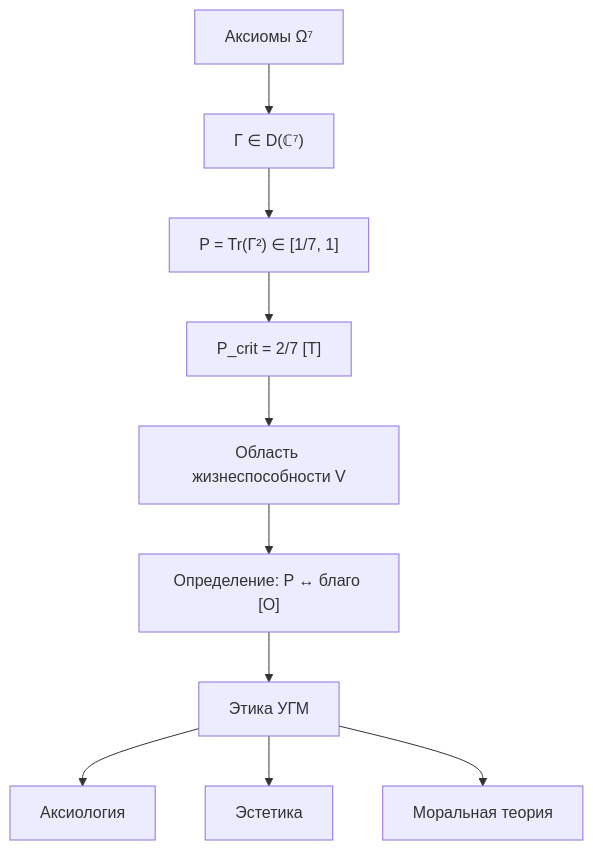
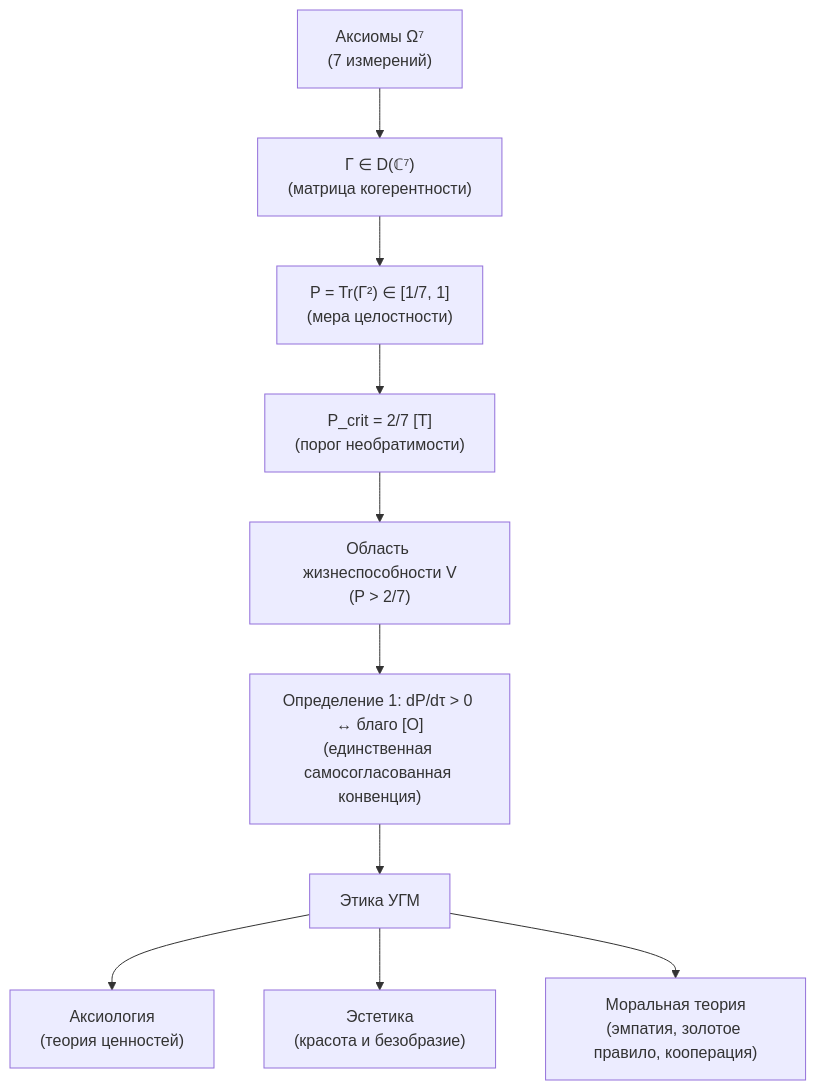
The second of 3 diagrams in website/docs/consciousness/ethics-meaning/value-consciousness.md (uhm-theory/holon), drawn with Mermaid before and after one commit. The commit also changed other lines of this file and 117 other files, not shown here.

````diff
--- a/website/docs/consciousness/ethics-meaning/value-consciousness.md
+++ b/website/docs/consciousness/ethics-meaning/value-consciousness.md
@@ -41,12 +111,12 @@
 ```mermaid
 graph TD
-    AX["Аксиомы Ω⁷"] --> GAM["Γ ∈ D(ℂ⁷)"]
-    GAM --> P["P = Tr(Γ²) ∈ [1/7, 1]"]
-    P --> PCRIT["P_crit = 2/7 [Т]"]
-    PCRIT --> VIAB["Область жизнеспособности V"]
-    VIAB --> CONV["Определение: P ↔ благо [О]"]
+    AX["Аксиомы Ω⁷<br/>(7 измерений)"] --> GAM["Γ ∈ D(ℂ⁷)<br/>(матрица когерентности)"]
+    GAM --> P["P = Tr(Γ²) ∈ [1/7, 1]<br/>(мера целостности)"]
+    P --> PCRIT["P_crit = 2/7 [Т]<br/>(порог необратимости)"]
+    PCRIT --> VIAB["Область жизнеспособности V<br/>(P > 2/7)"]
+    VIAB --> CONV["Определение 1: dP/dτ > 0 ↔ благо [О]<br/>(единственная самосогласованная конвенция)"]
     CONV --> ETHICS["Этика УГМ"]
-    ETHICS --> VALUES["Аксиология"]
-    ETHICS --> AESTHETICS["Эстетика"]
-    ETHICS --> MORALS["Моральная теория"]
+    ETHICS --> VALUES["Аксиология<br/>(теория ценностей)"]
+    ETHICS --> AESTHETICS["Эстетика<br/>(красота и безобразие)"]
+    ETHICS --> MORALS["Моральная теория<br/>(эмпатия, золотое правило, кооперация)"]
 ```
````
